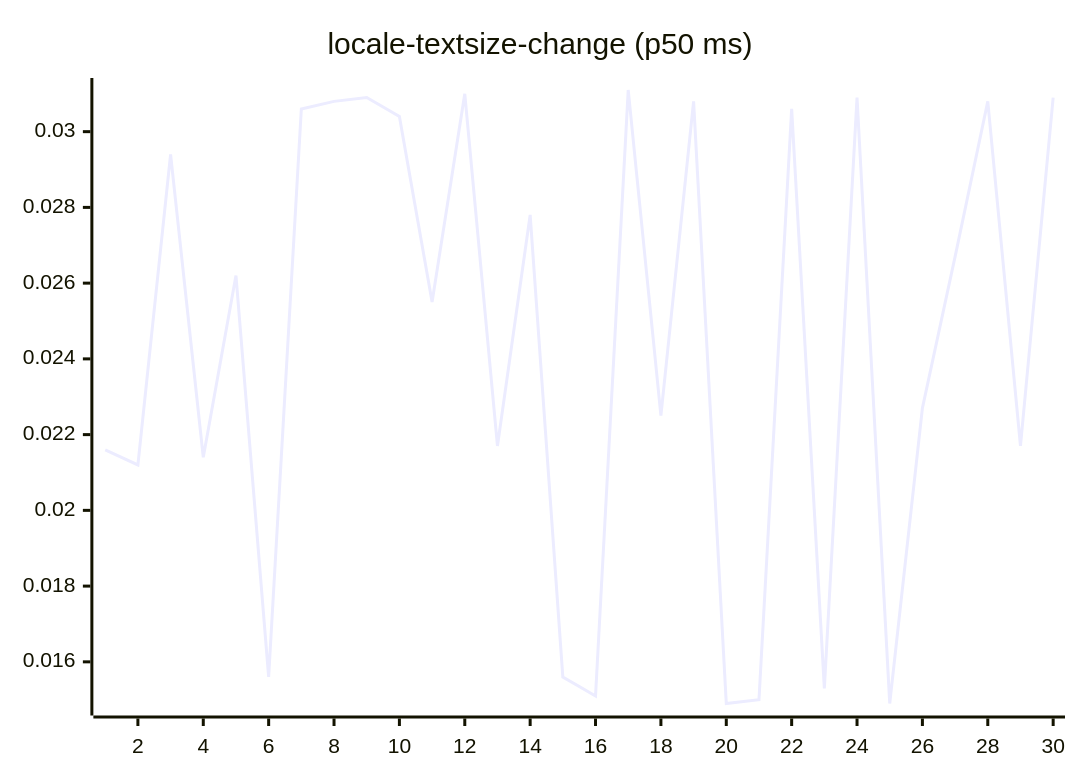
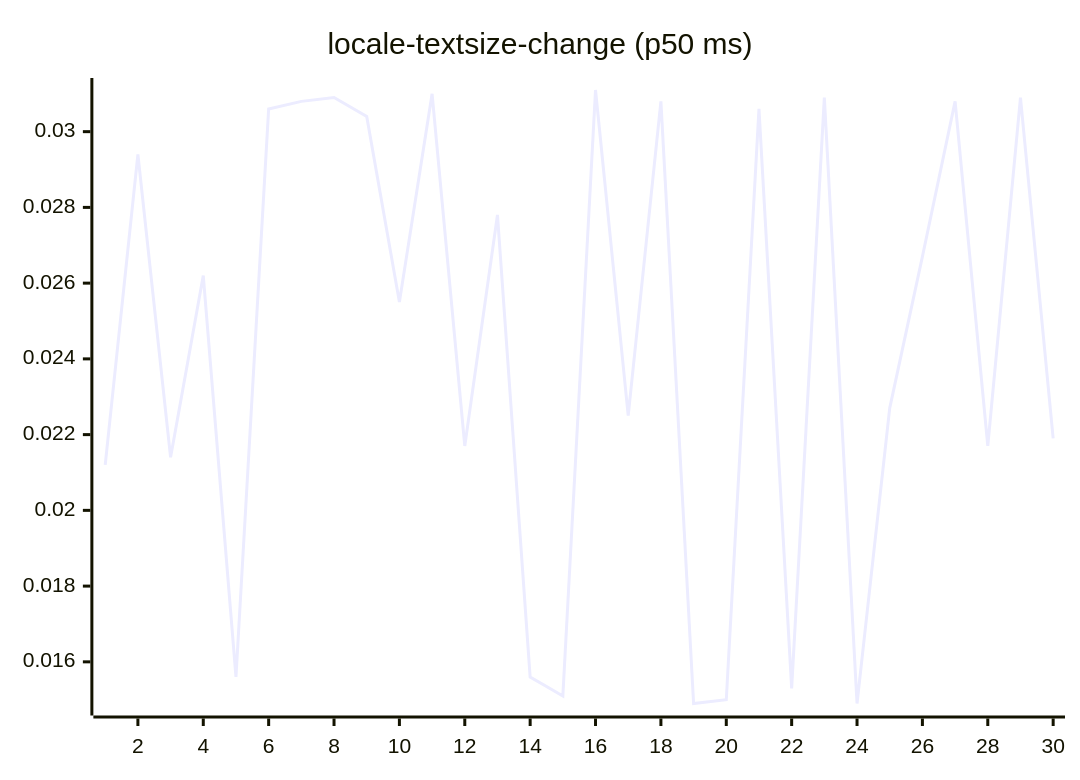
One commit to josha/Facet changed diagram 13 of 27 in README.md. Above: the diagram before and after it, drawn with Mermaid. The commit also changed other lines of this file and 2 other files, not shown here.

````diff
--- a/README.md
+++ b/README.md
@@ -147,6 +147,6 @@
 ```mermaid
 xychart-beta
     title "locale-textsize-change (p50 ms)"
     x-axis 1 --> 30
-    line [0.0216, 0.0212, 0.0294, 0.0214, 0.0262, 0.0156, 0.0306, 0.0308, 0.0309, 0.0304, 0.0255, 0.0310, 0.0217, 0.0278, 0.0156, 0.0151, 0.0311, 0.0225, 0.0308, 0.0149, 0.0150, 0.0306, 0.0153, 0.0309, 0.0149, 0.0227, 0.0267, 0.0308, 0.0217, 0.0309]
+    line [0.0212, 0.0294, 0.0214, 0.0262, 0.0156, 0.0306, 0.0308, 0.0309, 0.0304, 0.0255, 0.0310, 0.0217, 0.0278, 0.0156, 0.0151, 0.0311, 0.0225, 0.0308, 0.0149, 0.0150, 0.0306, 0.0153, 0.0309, 0.0149, 0.0227, 0.0267, 0.0308, 0.0217, 0.0309, 0.0219]
 ```
````
